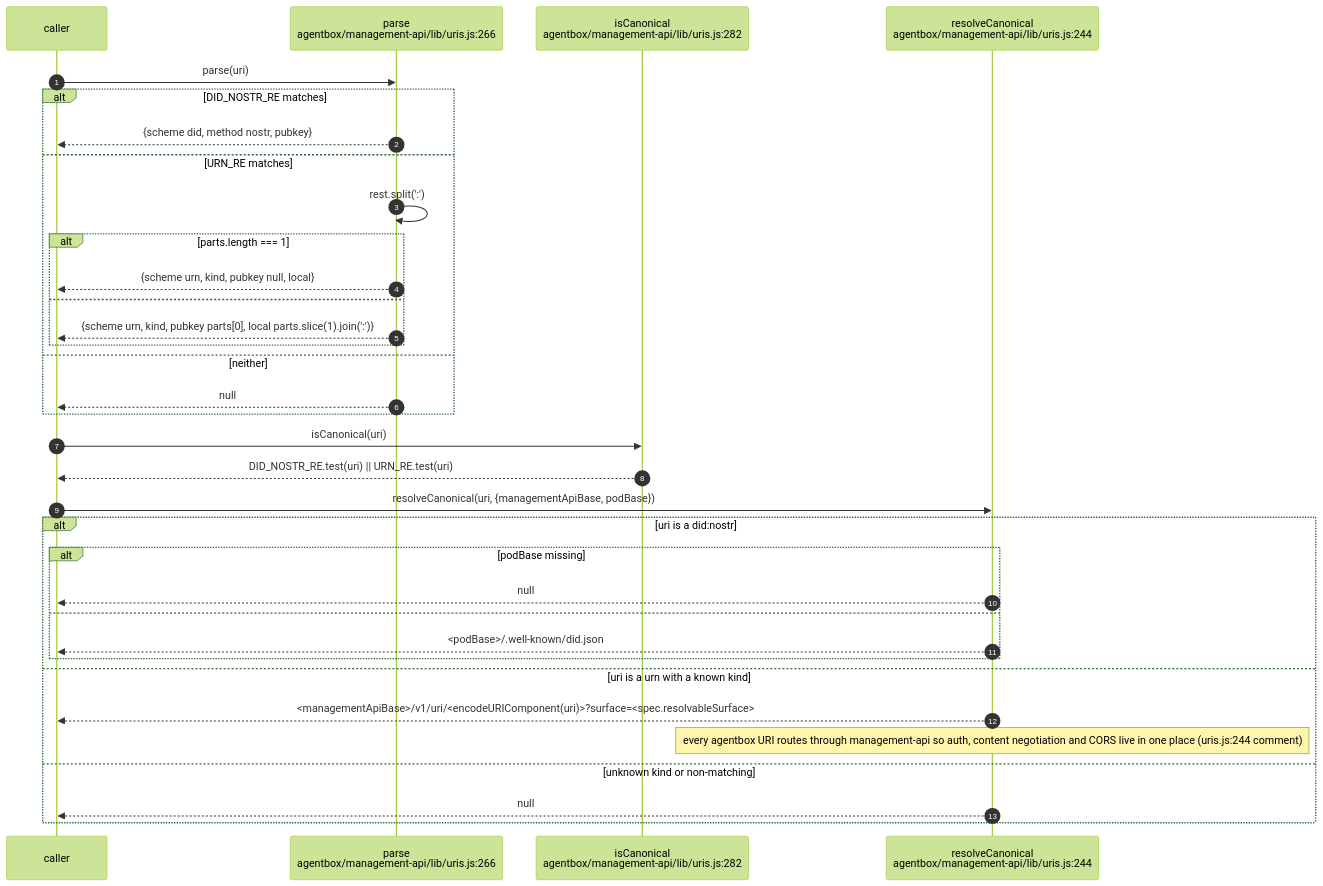
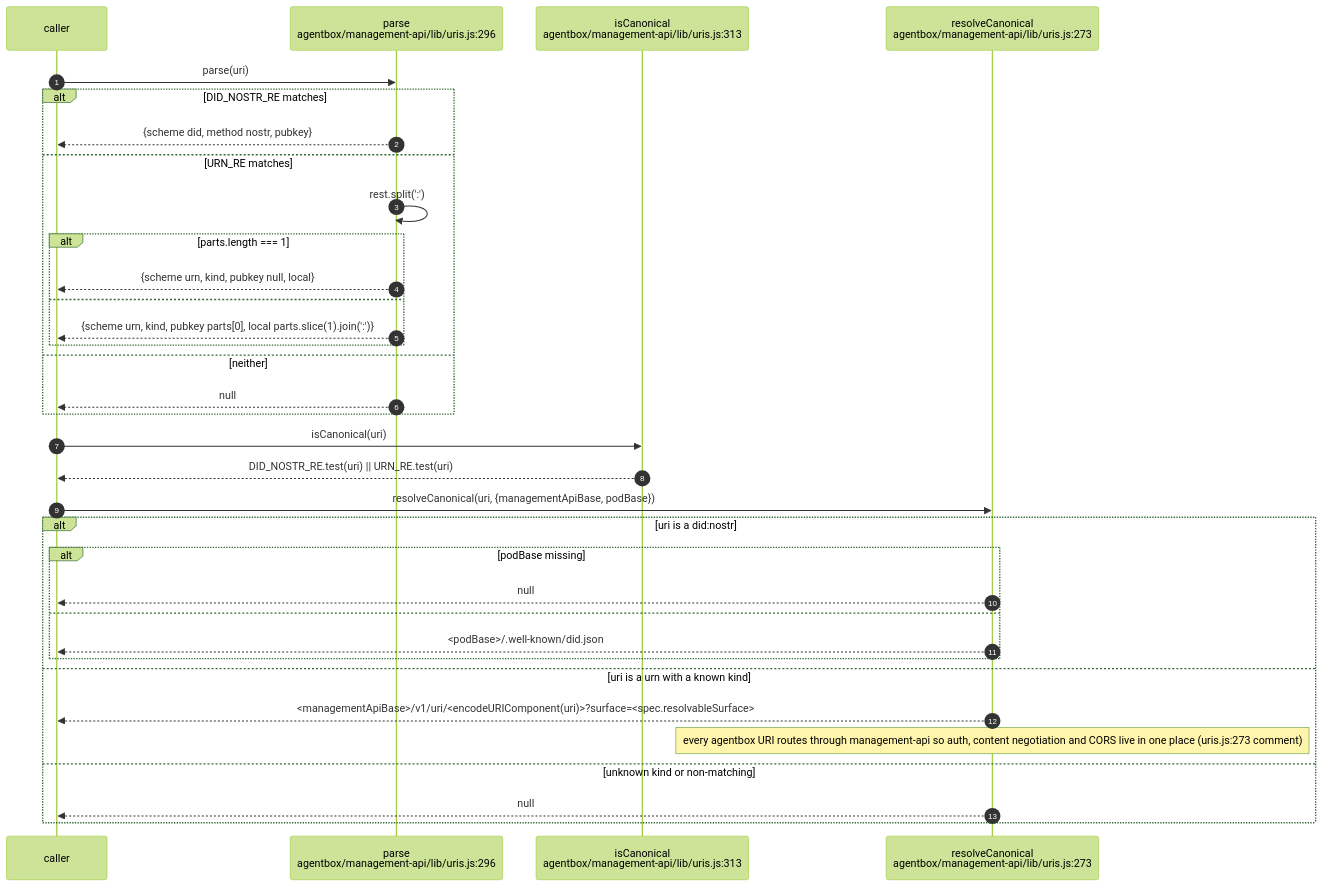
Before and after one commit to DreamLab-AI/VisionFlow: the sixth of 16 diagrams in docs/diagrams/agentbox/11-identity-did-mandate-authority.md, drawn with Mermaid (forest theme). The commit also changed other lines of this file and 111 other files, not shown here.

Commit message:
docs(diagrams): align estate maps with current source

````diff
--- a/docs/diagrams/agentbox/11-identity-did-mandate-authority.md
+++ b/docs/diagrams/agentbox/11-identity-did-mandate-authority.md
@@ -261,37 +261,37 @@
 ```mermaid
 sequenceDiagram
     autonumber
     participant C as caller
-    participant P as parse<br/>agentbox/management-api/lib/uris.js:266
-    participant IC as isCanonical<br/>agentbox/management-api/lib/uris.js:282
-    participant RC as resolveCanonical<br/>agentbox/management-api/lib/uris.js:244
+    participant P as parse<br/>agentbox/management-api/lib/uris.js:296
+    participant IC as isCanonical<br/>agentbox/management-api/lib/uris.js:313
+    participant RC as resolveCanonical<br/>agentbox/management-api/lib/uris.js:273
 
     C->>P: parse(uri)
     alt DID_NOSTR_RE matches
         P-->>C: {scheme did, method nostr, pubkey}
     else URN_RE matches
         P->>P: rest.split(':')
         alt parts.length === 1
             P-->>C: {scheme urn, kind, pubkey null, local}
         else
             P-->>C: {scheme urn, kind, pubkey parts[0], local parts.slice(1).join(':')}
         end
     else neither
         P-->>C: null
     end
     C->>IC: isCanonical(uri)
     IC-->>C: DID_NOSTR_RE.test(uri) || URN_RE.test(uri)
     C->>RC: resolveCanonical(uri, {managementApiBase, podBase})
     alt uri is a did:nostr
         alt podBase missing
             RC-->>C: null
         else
             RC-->>C: <podBase>/.well-known/did.json
         end
     else uri is a urn with a known kind
         RC-->>C: <managementApiBase>/v1/uri/<encodeURIComponent(uri)>?surface=<spec.resolvableSurface>
-        Note over RC: every agentbox URI routes through management-api so auth, content negotiation and CORS live in one place (uris.js:244 comment)
+        Note over RC: every agentbox URI routes through management-api so auth, content negotiation and CORS live in one place (uris.js:273 comment)
     else unknown kind or non-matching
         RC-->>C: null
     end
 ```
````
